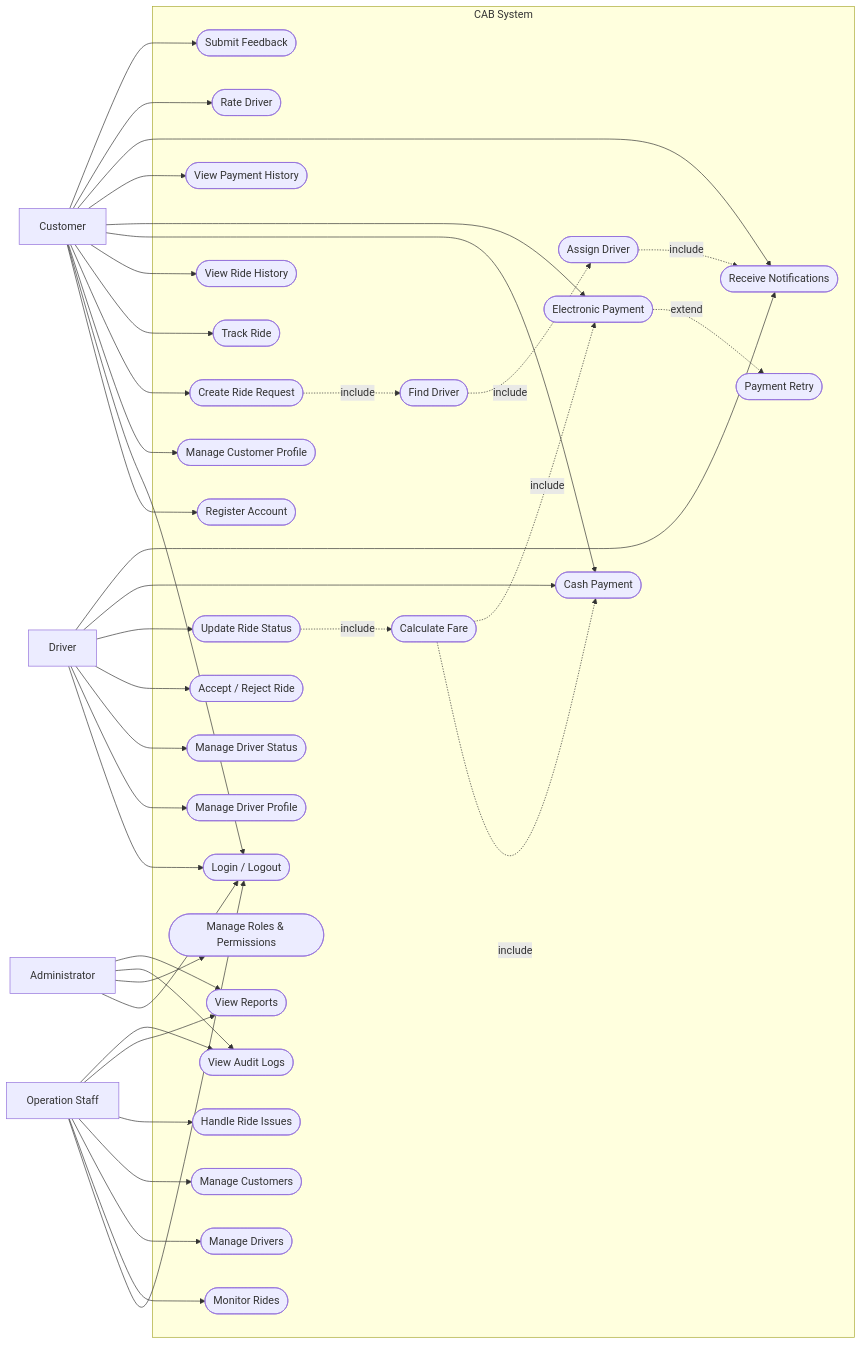
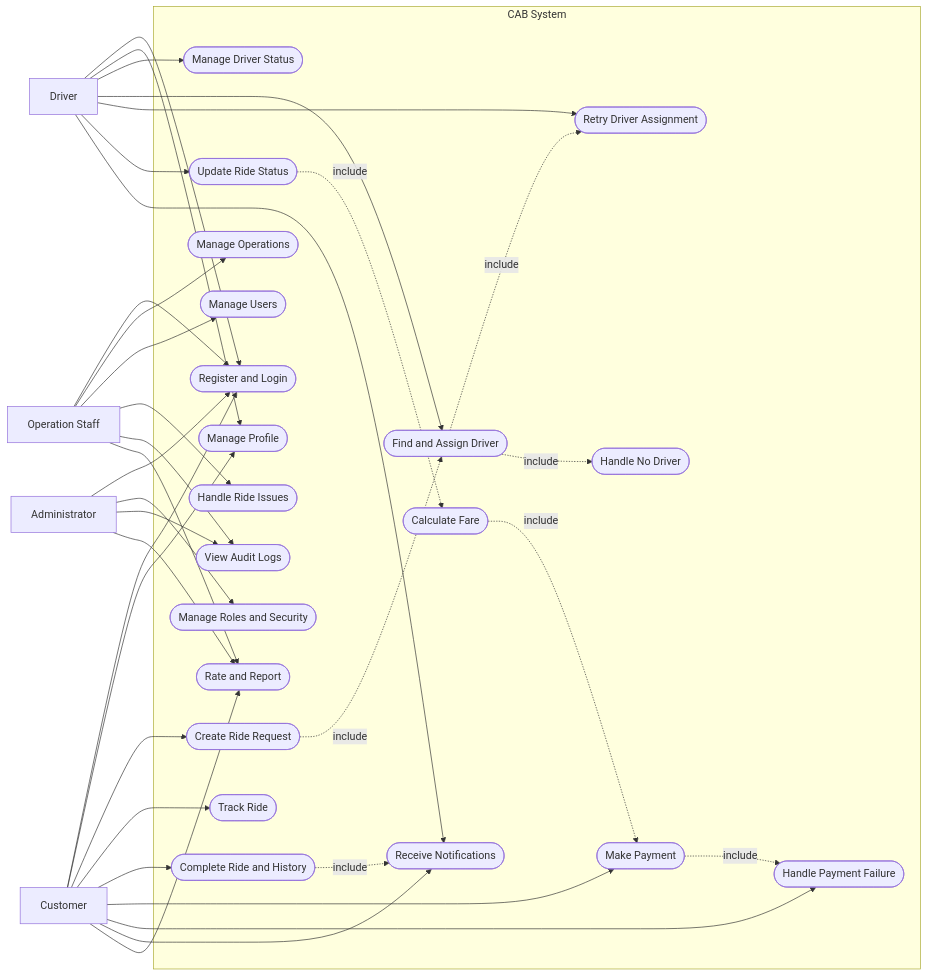
The seventh of 7 diagrams in SRS.md (tuyetsang-sun/23663021_DaoThiTuyetSang_CABSYSTEM), drawn with Mermaid before and after one commit. The commit also changed other lines of this file, not shown here.

````diff
--- a/SRS.md
+++ b/SRS.md
@@ -1164,83 +1143,71 @@
 
     subgraph CAB["CAB System"]
 
-        UC01(["Register Account"])
-        UC02(["Login / Logout"])
-        UC03(["Manage Customer Profile"])
+        UC01(["Register and Login"])
+        UC02(["Manage Profile"])
+        UC03(["Manage Driver Status"])
 
         UC04(["Create Ride Request"])
-        UC05(["Find Driver"])
-        UC06(["Assign Driver"])
-        UC07(["Track Ride"])
-        UC08(["View Ride History"])
+        UC05(["Find and Assign Driver"])
+        UC06(["Retry Driver Assignment"])
+        UC07(["Handle No Driver"])
 
-        UC09(["Manage Driver Profile"])
-        UC10(["Manage Driver Status"])
-        UC11(["Accept / Reject Ride"])
-        UC12(["Update Ride Status"])
+        UC08(["Track Ride"])
+        UC09(["Update Ride Status"])
+        UC10(["Complete Ride and History"])
 
-        UC13(["Calculate Fare"])
-        UC14(["Cash Payment"])
-        UC15(["Electronic Payment"])
-        UC16(["Payment Retry"])
-        UC17(["View Payment History"])
+        UC11(["Calculate Fare"])
+        UC12(["Make Payment"])
+        UC13(["Handle Payment Failure"])
 
-        UC18(["Receive Notifications"])
+        UC14(["Receive Notifications"])
 
-        UC19(["Rate Driver"])
-        UC20(["Submit Feedback"])
+        UC15(["Manage Operations"])
+        UC16(["Manage Users"])
+        UC17(["Handle Ride Issues"])
 
-        UC21(["Monitor Rides"])
-        UC22(["Manage Drivers"])
-        UC23(["Manage Customers"])
-        UC24(["Handle Ride Issues"])
-
-        UC25(["Manage Roles & Permissions"])
-        UC26(["View Audit Logs"])
-        UC27(["View Reports"])
+        UC18(["Manage Roles and Security"])
+        UC19(["View Audit Logs"])
+        UC20(["Rate and Report"])
     end
 
     Customer --> UC01
     Customer --> UC02
-    Customer --> UC03
     Customer --> UC04
-    Customer --> UC07
     Customer --> UC08
+    Customer --> UC10
+    Customer --> UC12
+    Customer --> UC13
     Customer --> UC14
-    Customer --> UC15
-    Customer --> UC17
-    Customer --> UC18
-    Customer --> UC19
     Customer --> UC20
 
+    Driver --> UC01
     Driver --> UC02
+    Driver --> UC03
+    Driver --> UC05
+    Driver --> UC06
     Driver --> UC09
-    Driver --> UC10
-    Driver --> UC11
-    Driver --> UC12
     Driver --> UC14
-    Driver --> UC18
 
-    Operation --> UC02
-    Operation --> UC21
-    Operation --> UC22
-    Operation --> UC23
-    Operation --> UC24
-    Operation --> UC27
-    Operation --> UC26
+    Operation --> UC01
+    Operation --> UC15
+    Operation --> UC16
+    Operation --> UC17
+    Operation --> UC19
+    Operation --> UC20
 
-    Admin --> UC02
-    Admin --> UC25
-    Admin --> UC26
-    Admin --> UC27
+    Admin --> UC01
+    Admin --> UC18
+    Admin --> UC19
+    Admin --> UC20
 
     UC04 -.->|include| UC05
     UC05 -.->|include| UC06
-    UC06 -.->|include| UC18
+    UC05 -.->|include| UC07
 
+    UC09 -.->|include| UC11
+    UC11 -.->|include| UC12
     UC12 -.->|include| UC13
-    UC13 -.->|include| UC14
-    UC13 -.->|include| UC15
 
-    UC15 -.->|extend| UC16
+    UC10 -.->|include| UC14
 ```
````
